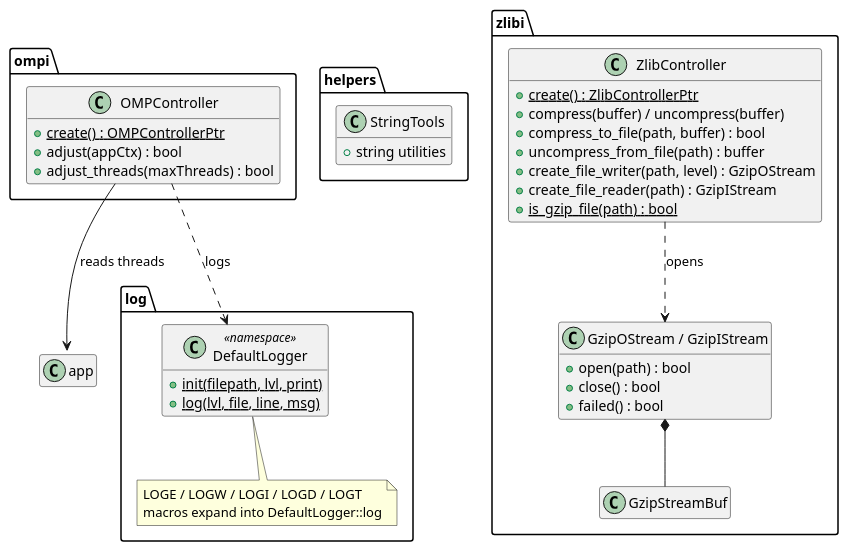
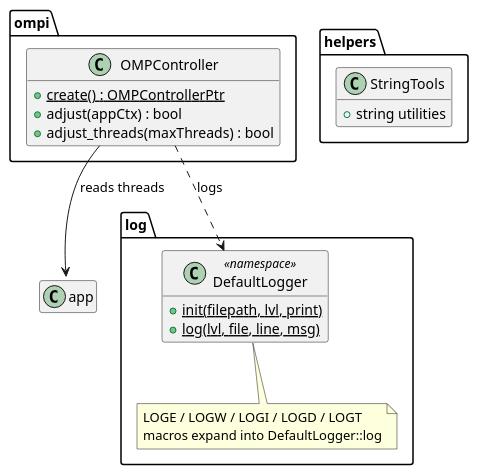
Before and after one commit to yuriysydor1991/darknetxx: the diagram in doc/sections/en_US/4-7-3-supporting-components.md, drawn with PlantUML. The commit also changed other lines of this file and 68 other files, not shown here.

```diff
--- a/doc/sections/en_US/4-7-3-supporting-components.md
+++ b/doc/sections/en_US/4-7-3-supporting-components.md
@@ -10,53 +16,31 @@
 @startuml
 hide empty members
 
 package "ompi" {
   class OMPController {
     +{static} create() : OMPControllerPtr
     +adjust(appCtx) : bool
     +adjust_threads(maxThreads) : bool
   }
 }
 
 package "log" {
   class DefaultLogger <<namespace>> {
     +{static} init(filepath, lvl, print)
     +{static} log(lvl, file, line, msg)
   }
   note bottom of DefaultLogger
     LOGE / LOGW / LOGI / LOGD / LOGT
     macros expand into DefaultLogger::log
   end note
 }
 
 package "helpers" {
   class StringTools {
     +string utilities
   }
 }
 
-package "zlibi" {
-  class ZlibController {
-    +{static} create() : ZlibControllerPtr
-    +compress(buffer) / uncompress(buffer)
-    +compress_to_file(path, buffer) : bool
-    +uncompress_from_file(path) : buffer
-    +create_file_writer(path, level) : GzipOStream
-    +create_file_reader(path) : GzipIStream
-    +{static} is_gzip_file(path) : bool
-  }
-
-  class "GzipOStream / GzipIStream" as GzipStreams {
-    +open(path) : bool
-    +close() : bool
-    +failed() : bool
-  }
-
-  class GzipStreamBuf
-}
-
 OMPController --> "app::ApplicationContext" : reads threads
 OMPController ..> DefaultLogger : logs
-ZlibController ..> GzipStreams : opens
-GzipStreams *-- GzipStreamBuf
 @enduml
```
